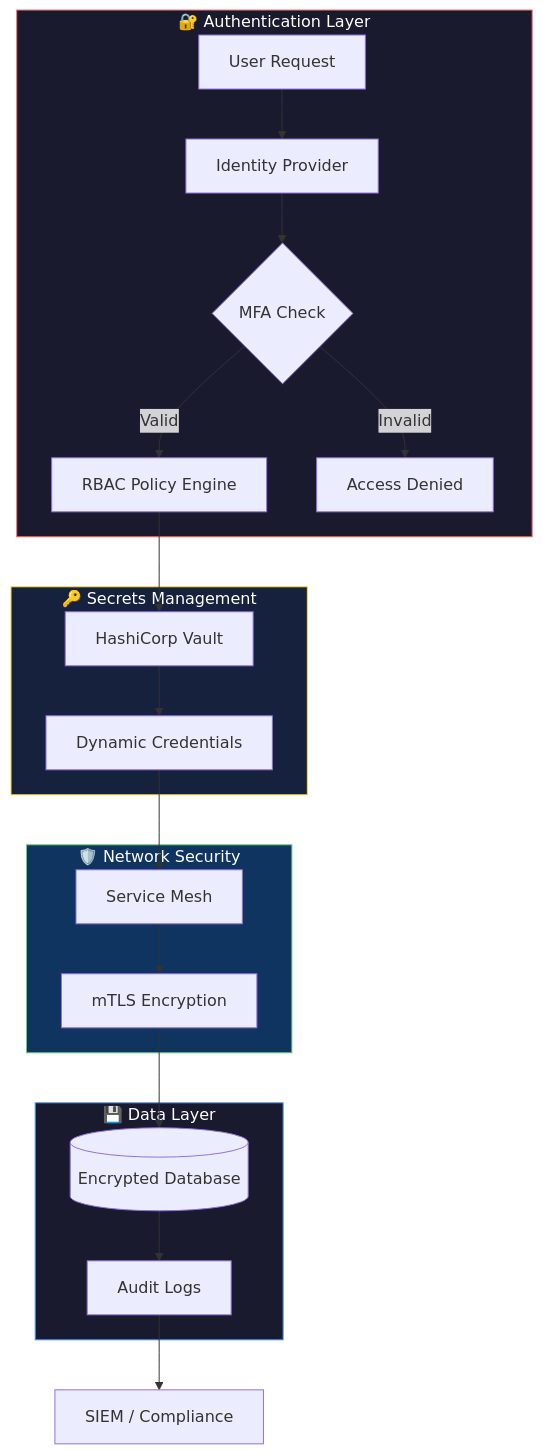
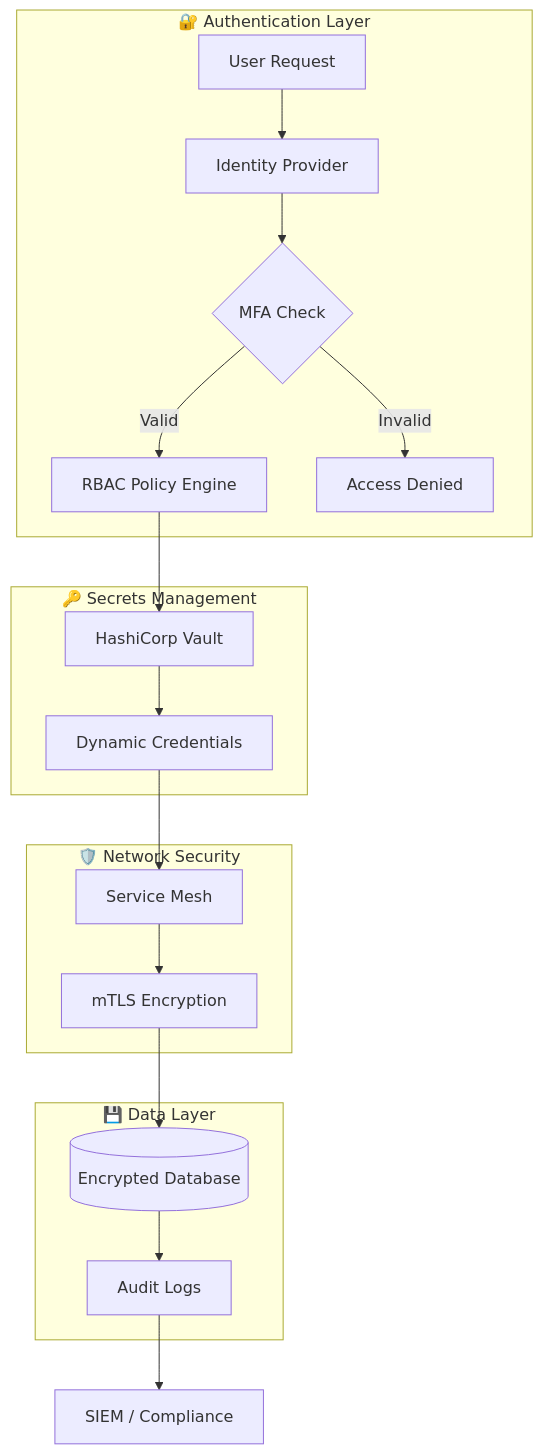
Before and after one commit to ClaudioBotelhOSB/ClaudioBotelhOSB: the second of 2 diagrams in README_2026.md, drawn with Mermaid. The commit also changed other lines of this file, not shown here.

````diff
--- a/README_2026.md
+++ b/README_2026.md
@@ -189,31 +164,26 @@
 ```mermaid
 flowchart TB
     subgraph AUTH["🔐 Authentication Layer"]
         A[User Request] --> B[Identity Provider]
         B --> C{MFA Check}
         C -->|Valid| D[RBAC Policy Engine]
         C -->|Invalid| X[Access Denied]
     end
 
     subgraph SECRETS["🔑 Secrets Management"]
         D --> E[HashiCorp Vault]
         E --> F[Dynamic Credentials]
     end
 
     subgraph NETWORK["🛡️ Network Security"]
         F --> G[Service Mesh]
         G --> H[mTLS Encryption]
     end
 
     subgraph DATA["💾 Data Layer"]
         H --> I[(Encrypted Database)]
         I --> J[Audit Logs]
     end
 
     J --> K[SIEM / Compliance]
-
-    style AUTH fill:#1a1a2e,stroke:#ff6b6b,color:#fff
-    style SECRETS fill:#16213e,stroke:#ffd93d,color:#fff
-    style NETWORK fill:#0f3460,stroke:#6bcb77,color:#fff
-    style DATA fill:#1a1a2e,stroke:#4d96ff,color:#fff
 ```
````
